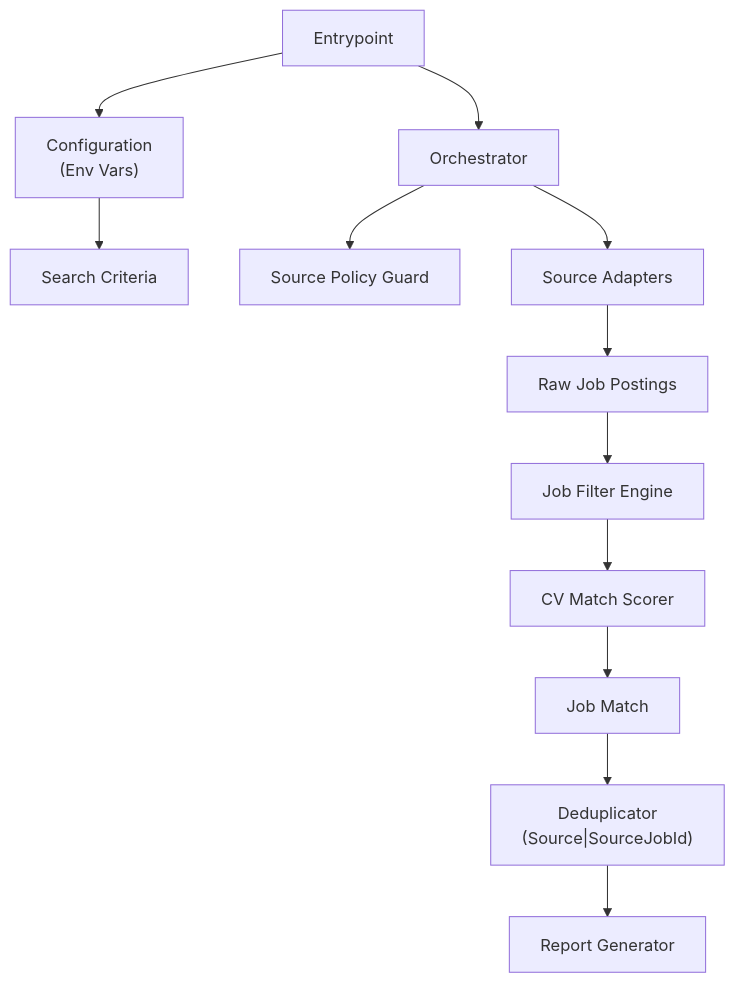
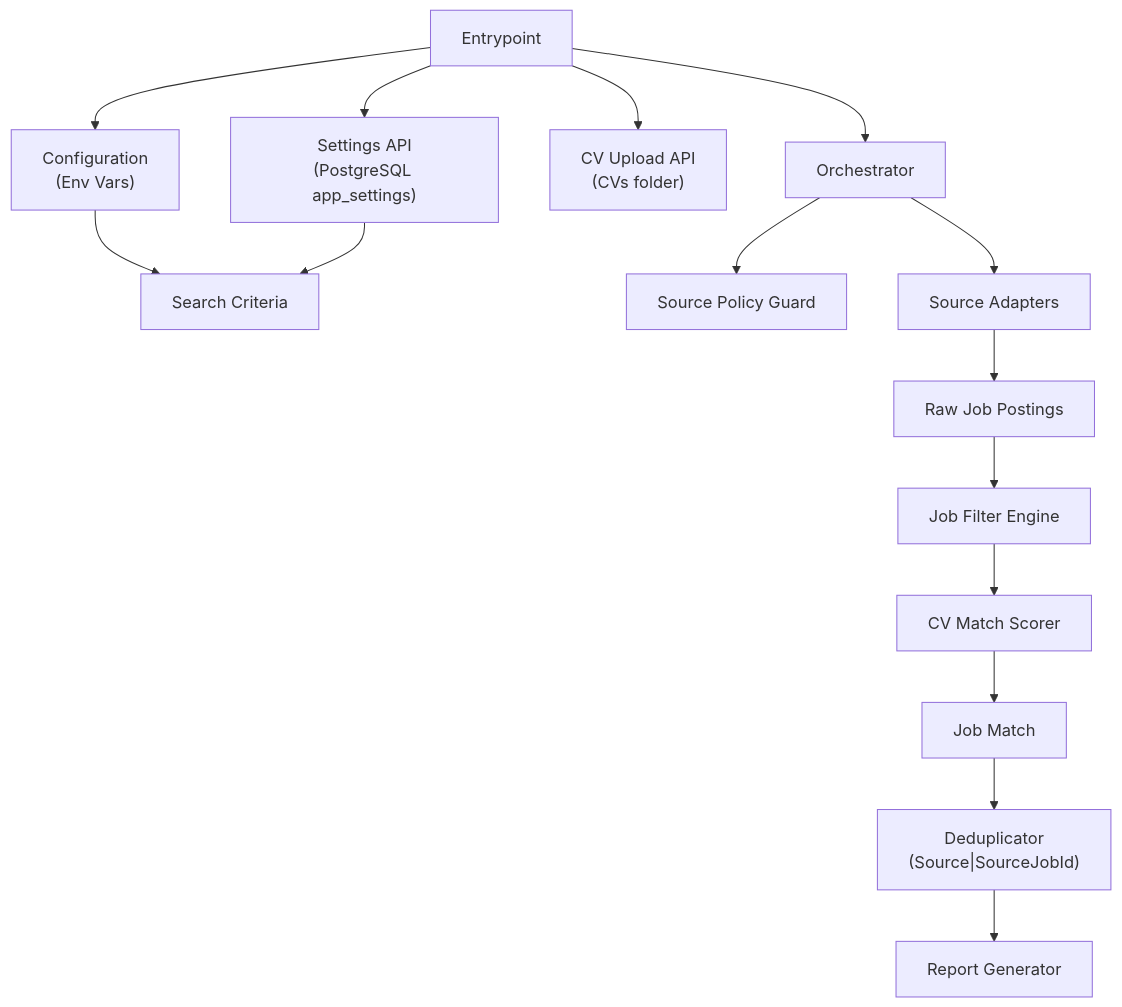
The third of 6 diagrams in docs/job-search-agent-architecture.md (ekanatha-urivakili/AiJobSearchAgent), drawn with Mermaid before and after one commit. The commit also changed other lines of this file and 19 other files, not shown here.

````diff
--- a/docs/job-search-agent-architecture.md
+++ b/docs/job-search-agent-architecture.md
@@ -84,14 +103,17 @@
 ```mermaid
 flowchart TD
     App["Entrypoint"] --> Config["Configuration\n(Env Vars)"]
+    App --> Settings["Settings API\n(PostgreSQL app_settings)"]
+    App --> CvUpload["CV Upload API\n(CVs folder)"]
     Config --> Criteria["Search Criteria"]
+    Settings --> Criteria
     App --> Orchestrator["Orchestrator"]
     Orchestrator --> Policy["Source Policy Guard"]
     Orchestrator --> Adapters["Source Adapters"]
     Adapters --> RawJobs["Raw Job Postings"]
     RawJobs --> Filter["Job Filter Engine"]
     Filter --> Scorer["CV Match Scorer"]
     Scorer --> Match["Job Match"]
     Match --> Dedupe["Deduplicator\n(Source|SourceJobId)"]
     Dedupe --> Report["Report Generator"]
 ```
````
